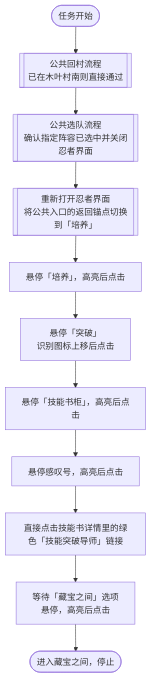
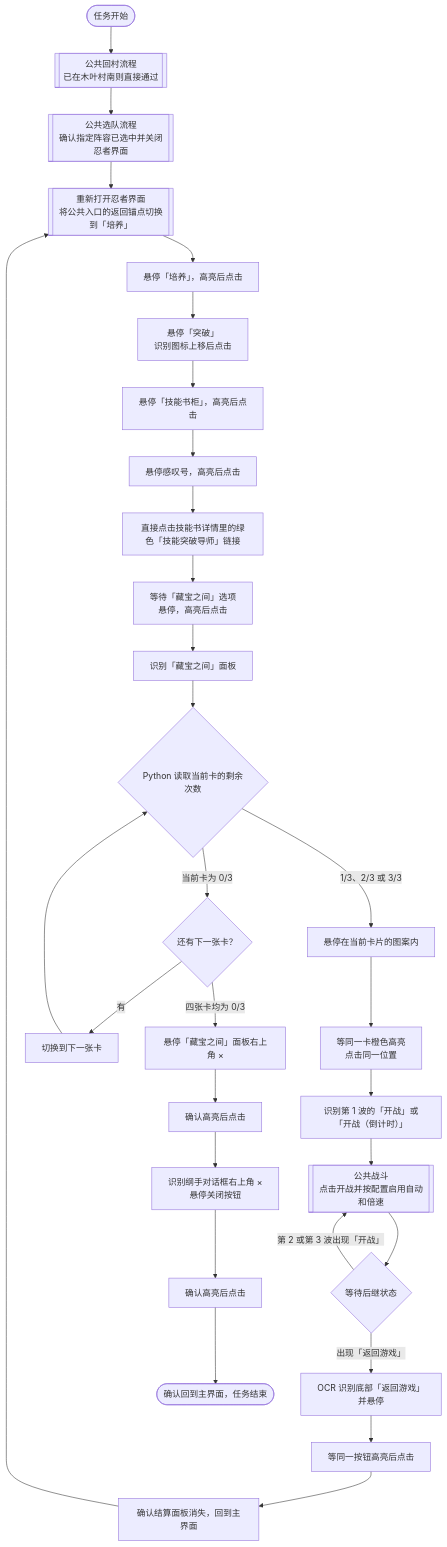
The diagram in docs/zh_cn/流程图/藏宝之间.md (ArcherSore/MaaNOP), drawn with Mermaid before and after one commit. The commit also changed other lines of this file and 3 other files, not shown here.

````diff
--- a/docs/zh_cn/流程图/藏宝之间.md
+++ b/docs/zh_cn/流程图/藏宝之间.md
@@ -9,13 +9,32 @@
 ```mermaid
 flowchart TD
     Start([任务开始]) --> Return[["公共回村流程<br/>已在木叶村南则直接通过"]]
     Return --> Team[["公共选队流程<br/>确认指定阵容已选中并关闭忍者界面"]]
     Team --> Ninja[["重新打开忍者界面<br/>将公共入口的返回锚点切换到「培养」"]]
     Ninja --> Cultivate["悬停「培养」，高亮后点击"]
     Cultivate --> Breakthrough["悬停「突破」<br/>识别图标上移后点击"]
     Breakthrough --> Cabinet["悬停「技能书柜」，高亮后点击"]
     Cabinet --> BookInfo["悬停感叹号，高亮后点击"]
     BookInfo --> Mentor["直接点击技能书详情里的绿色「技能突破导师」链接"]
     Mentor --> Treasure["等待「藏宝之间」选项<br/>悬停，高亮后点击"]
-    Treasure --> Done([进入藏宝之间，停止])
+    Treasure --> Ready["识别「藏宝之间」面板"]
+    Ready --> Quota{"Python 读取当前卡的剩余次数"}
+    Quota -->|"1/3、2/3 或 3/3"| Hover["悬停在当前卡片的图案内"]
+    Hover --> Click["等同一卡橙色高亮<br/>点击同一位置"]
+    Click --> BattleStart["识别第 1 波的「开战」或「开战（倒计时）」"]
+    BattleStart --> Common[["公共战斗<br/>点击开战并按配置启用自动和倍速"]]
+    Common --> Wait{"等待后继状态"}
+    Wait -->|"第 2 或第 3 波出现「开战」"| Common
+    Wait -->|"出现「返回游戏」"| ReturnHover["OCR 识别底部「返回游戏」并悬停"]
+    ReturnHover --> ReturnClick["等同一按钮高亮后点击"]
+    ReturnClick --> Main["确认结算面板消失，回到主界面"]
+    Main --> Ninja
+    Quota -->|"当前卡为 0/3"| Next{"还有下一张卡？"}
+    Next -->|有| Move["切换到下一张卡"]
+    Move --> Quota
+    Next -->|"四张卡均为 0/3"| HoverRoomClose["悬停「藏宝之间」面板右上角 ×"]
+    HoverRoomClose --> ClickRoomClose["确认高亮后点击"]
+    ClickRoomClose --> HoverMentorClose["识别纲手对话框右上角 ×<br/>悬停关闭按钮"]
+    HoverMentorClose --> ClickMentorClose["确认高亮后点击"]
+    ClickMentorClose --> Done(["确认回到主界面，任务结束"])
 ```
````
